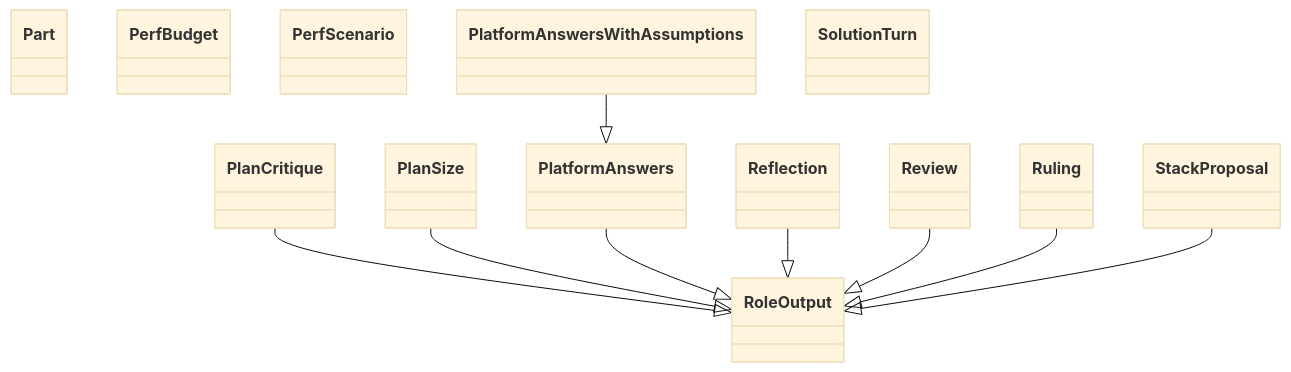
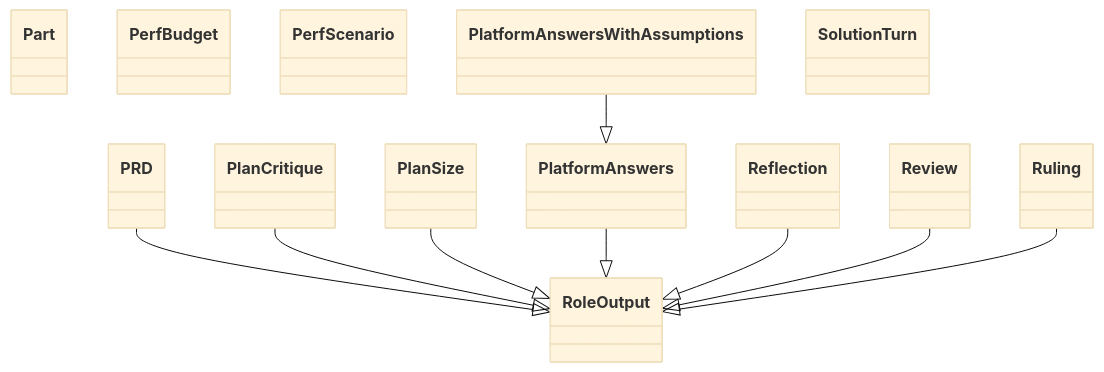
One commit to GonzaloZevallos/agentic-system changed the diagram in docs/architecture/generated/classes-process-domain-roles-4.md. Above: the diagram before and after it, drawn with Mermaid (base theme). The commit also changed other lines of this file and 9 other files, not shown here.

Commit message:
Regenerate the architecture pages for DepartureAnswer and DrawingEscalation

````diff
--- a/docs/architecture/generated/classes-process-domain-roles-4.md
+++ b/docs/architecture/generated/classes-process-domain-roles-4.md
@@ -29,24 +29,24 @@
 ```mermaid
 classDiagram
+    class schemas__PRD["PRD"]
     class schemas__Part["Part"]
     class schemas__PerfBudget["PerfBudget"]
     class schemas__PerfScenario["PerfScenario"]
     class schemas__PlanCritique["PlanCritique"]
     class schemas__PlanSize["PlanSize"]
     class schemas__PlatformAnswers["PlatformAnswers"]
     class schemas__PlatformAnswersWithAssumptions["PlatformAnswersWithAssumptions"]
     class schemas__Reflection["Reflection"]
     class schemas__Review["Review"]
     class schemas__RoleOutput["RoleOutput"]
     class schemas__Ruling["Ruling"]
     class schemas__SolutionTurn["SolutionTurn"]
-    class schemas__StackProposal["StackProposal"]
+    schemas__PRD --|> schemas__RoleOutput
     schemas__PlanCritique --|> schemas__RoleOutput
     schemas__PlanSize --|> schemas__RoleOutput
     schemas__PlatformAnswers --|> schemas__RoleOutput
     schemas__PlatformAnswersWithAssumptions --|> schemas__PlatformAnswers
     schemas__Reflection --|> schemas__RoleOutput
     schemas__Review --|> schemas__RoleOutput
     schemas__Ruling --|> schemas__RoleOutput
-    schemas__StackProposal --|> schemas__RoleOutput
 ```
````
